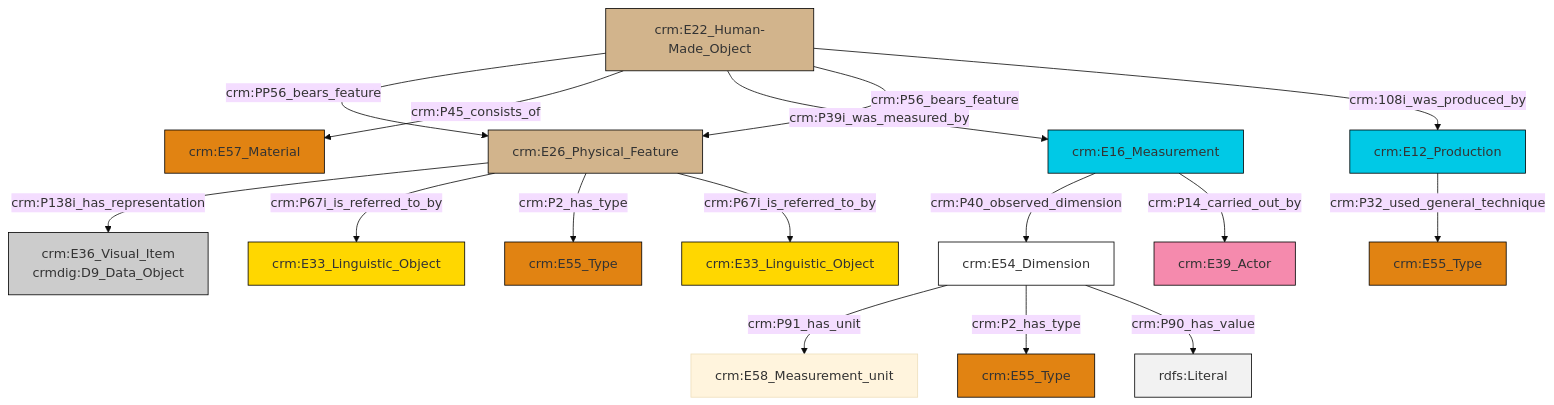
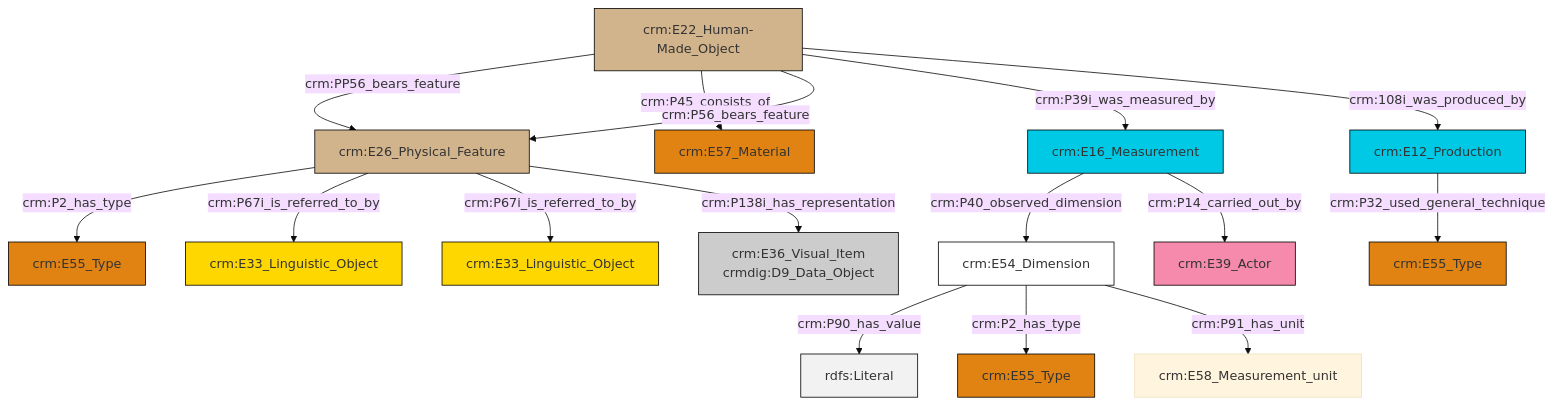
The diagram in et/carrierCSV/ttl/mmd/carrier_substance.ttl.mmd (swiss-art-research-net/docs.swissartresearch), drawn with Mermaid (base theme) before and after one commit. The commit also changed 174 other files, not shown here.

```diff
--- a/et/carrierCSV/ttl/mmd/carrier_substance.ttl.mmd
+++ b/et/carrierCSV/ttl/mmd/carrier_substance.ttl.mmd
@@ -1,30 +1,30 @@
 graph TD
 classDef Literal fill:#f2f2f2,stroke:#000000;
 classDef CRM_Entity fill:#FFFFFF,stroke:#000000;
 classDef Temporal_Entity fill:#00C9E6, stroke:#000000;
 classDef Type fill:#E18312, stroke:#000000;
 classDef Time-Span fill:#2C9C91, stroke:#000000;
 classDef Appellation fill:#FFEB7F, stroke:#000000;
 classDef Place fill:#008836, stroke:#000000;
 classDef Persistent_Item fill:#B266B2, stroke:#000000;
 classDef Conceptual_Object fill:#FFD700, stroke:#000000;
 classDef Physical_Thing fill:#D2B48C, stroke:#000000;
 classDef Actor fill:#f58aad, stroke:#000000;
 classDef PC_Classes fill:#4ce600, stroke:#000000;
 classDef Multi fill:#cccccc,stroke:#000000;
 
-2["crm:E26_Physical_Feature"]:::Physical_Thing -->|crm:P138i_has_representation| 0["crm:E36_Visual_Item<br>crmdig:D9_Data_Object"]:::Multi
-3["crm:E22_Human-Made_Object"]:::Physical_Thing -->|crm:PP56_bears_feature| 2["crm:E26_Physical_Feature"]:::Physical_Thing
-6["crm:E16_Measurement"]:::Temporal_Entity -->|crm:P40_observed_dimension| 7["crm:E54_Dimension"]:::CRM_Entity
-7["crm:E54_Dimension"]:::CRM_Entity -->|crm:P91_has_unit| 8["crm:E58_Measurement_unit"]:::Default
-3["crm:E22_Human-Made_Object"]:::Physical_Thing -->|crm:P45_consists_of| 10["crm:E57_Material"]:::Type
-2["crm:E26_Physical_Feature"]:::Physical_Thing -->|crm:P67i_is_referred_to_by| 11["crm:E33_Linguistic_Object"]:::Conceptual_Object
-2["crm:E26_Physical_Feature"]:::Physical_Thing -->|crm:P2_has_type| 16["crm:E55_Type"]:::Type
-2["crm:E26_Physical_Feature"]:::Physical_Thing -->|crm:P67i_is_referred_to_by| 14["crm:E33_Linguistic_Object"]:::Conceptual_Object
-7["crm:E54_Dimension"]:::CRM_Entity -->|crm:P2_has_type| 12["crm:E55_Type"]:::Type
-3["crm:E22_Human-Made_Object"]:::Physical_Thing -->|crm:P39i_was_measured_by| 6["crm:E16_Measurement"]:::Temporal_Entity
-7["crm:E54_Dimension"]:::CRM_Entity -->|crm:P90_has_value| 25[rdfs:Literal]:::Literal
-17["crm:E12_Production"]:::Temporal_Entity -->|crm:P32_used_general_technique| 20["crm:E55_Type"]:::Type
-6["crm:E16_Measurement"]:::Temporal_Entity -->|crm:P14_carried_out_by| 22["crm:E39_Actor"]:::Actor
-3["crm:E22_Human-Made_Object"]:::Physical_Thing -->|crm:P56_bears_feature| 2["crm:E26_Physical_Feature"]:::Physical_Thing
-3["crm:E22_Human-Made_Object"]:::Physical_Thing -->|crm:108i_was_produced_by| 17["crm:E12_Production"]:::Temporal_Entity
+0["crm:E16_Measurement"]:::Temporal_Entity -->|crm:P40_observed_dimension| 1["crm:E54_Dimension"]:::CRM_Entity
+1["crm:E54_Dimension"]:::CRM_Entity -->|crm:P90_has_value| 2[rdfs:Literal]:::Literal
+3["crm:E26_Physical_Feature"]:::Physical_Thing -->|crm:P2_has_type| 4["crm:E55_Type"]:::Type
+5["crm:E22_Human-Made_Object"]:::Physical_Thing -->|crm:PP56_bears_feature| 3["crm:E26_Physical_Feature"]:::Physical_Thing
+5["crm:E22_Human-Made_Object"]:::Physical_Thing -->|crm:P45_consists_of| 9["crm:E57_Material"]:::Type
+5["crm:E22_Human-Made_Object"]:::Physical_Thing -->|crm:P56_bears_feature| 3["crm:E26_Physical_Feature"]:::Physical_Thing
+6["crm:E12_Production"]:::Temporal_Entity -->|crm:P32_used_general_technique| 10["crm:E55_Type"]:::Type
+5["crm:E22_Human-Made_Object"]:::Physical_Thing -->|crm:P39i_was_measured_by| 0["crm:E16_Measurement"]:::Temporal_Entity
+3["crm:E26_Physical_Feature"]:::Physical_Thing -->|crm:P67i_is_referred_to_by| 15["crm:E33_Linguistic_Object"]:::Conceptual_Object
+1["crm:E54_Dimension"]:::CRM_Entity -->|crm:P2_has_type| 17["crm:E55_Type"]:::Type
+0["crm:E16_Measurement"]:::Temporal_Entity -->|crm:P14_carried_out_by| 23["crm:E39_Actor"]:::Actor
+3["crm:E26_Physical_Feature"]:::Physical_Thing -->|crm:P67i_is_referred_to_by| 25["crm:E33_Linguistic_Object"]:::Conceptual_Object
+5["crm:E22_Human-Made_Object"]:::Physical_Thing -->|crm:108i_was_produced_by| 6["crm:E12_Production"]:::Temporal_Entity
+3["crm:E26_Physical_Feature"]:::Physical_Thing -->|crm:P138i_has_representation| 11["crm:E36_Visual_Item<br>crmdig:D9_Data_Object"]:::Multi
+1["crm:E54_Dimension"]:::CRM_Entity -->|crm:P91_has_unit| 20["crm:E58_Measurement_unit"]:::Default
```
